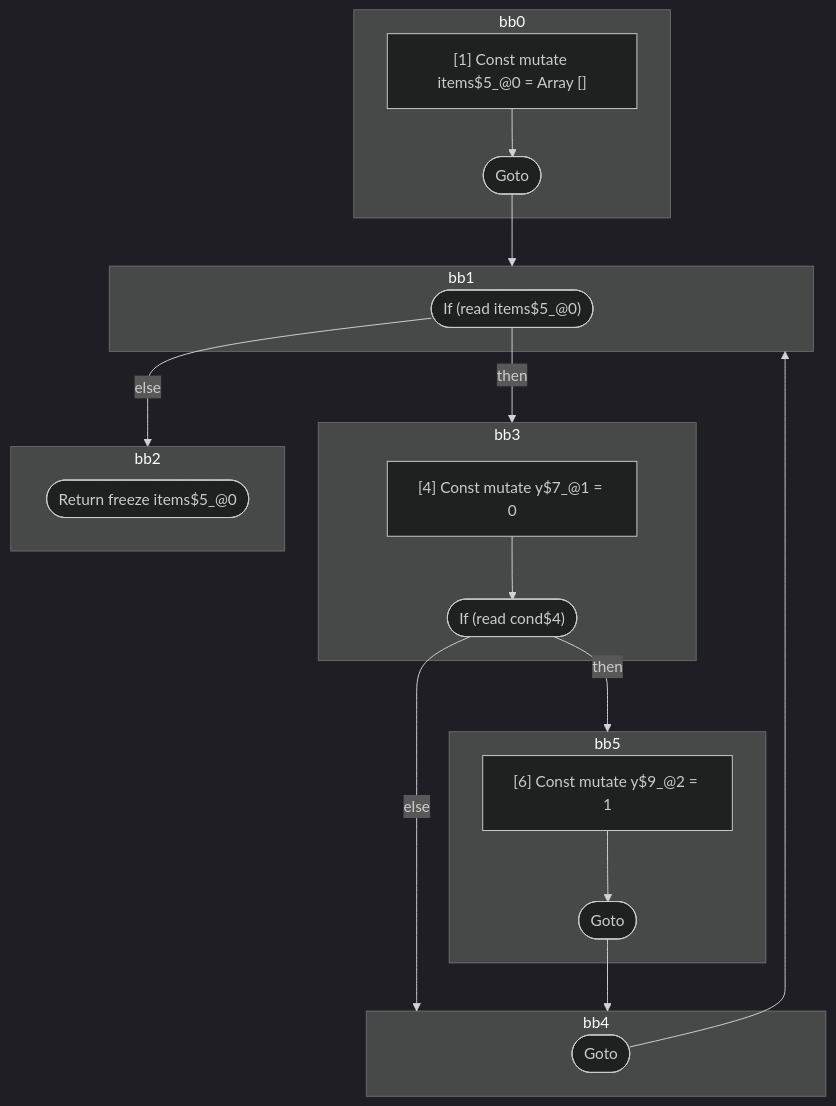
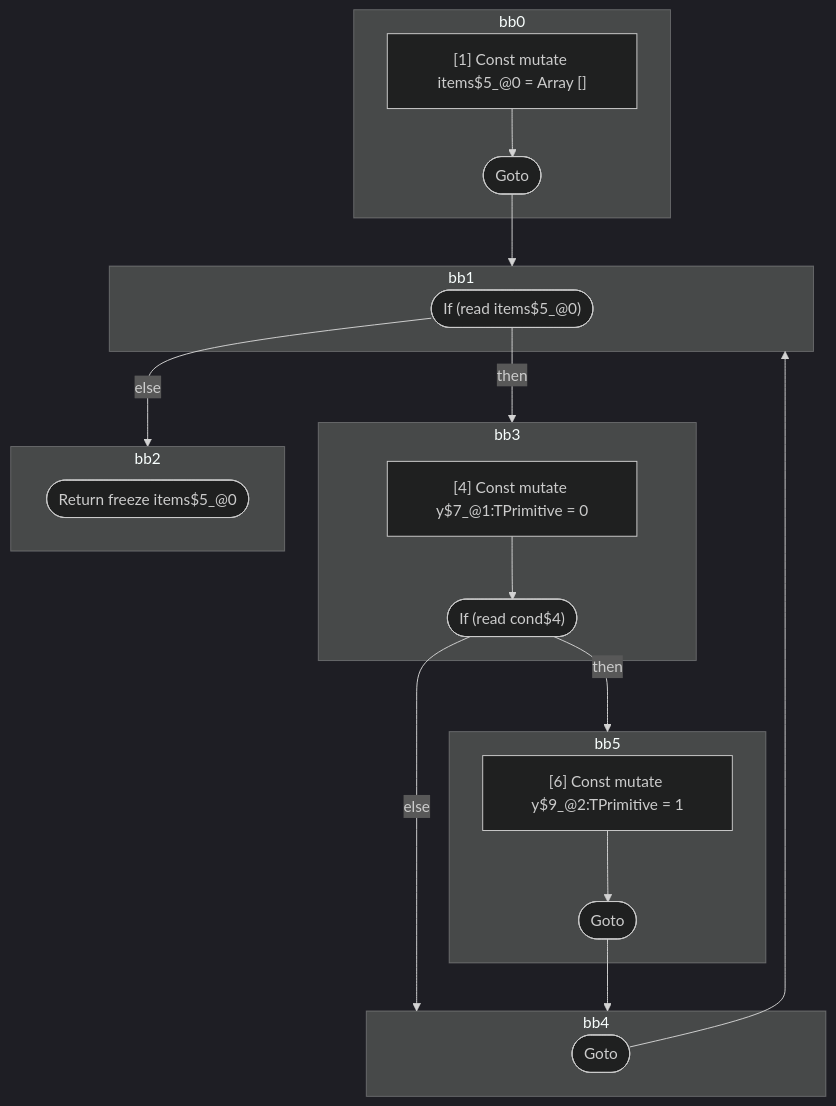
Before and after one commit to wutsmog/private: the diagram in compiler/forget/src/__tests__/fixtures/hir/ssa-for-of.expect.md, drawn with Mermaid (dark theme). The commit also changed other lines of this file and 112 other files, not shown here.

````diff
--- a/compiler/forget/src/__tests__/fixtures/hir/ssa-for-of.expect.md
+++ b/compiler/forget/src/__tests__/fixtures/hir/ssa-for-of.expect.md
@@ -59,41 +59,41 @@
 ```mermaid
 flowchart TB
   %% Basic Blocks
   subgraph bb0
     bb0_instrs["
       [1] Const mutate items$5_@0 = Array []
     "]
     bb0_instrs --> bb0_terminal(["Goto"])
   end
   subgraph bb1
     bb1_terminal(["If (read items$5_@0)"])
   end
   subgraph bb3
     bb3_instrs["
-      [4] Const mutate y$7_@1 = 0
+      [4] Const mutate y$7_@1:TPrimitive = 0
     "]
     bb3_instrs --> bb3_terminal(["If (read cond$4)"])
   end
   subgraph bb5
     bb5_instrs["
-      [6] Const mutate y$9_@2 = 1
+      [6] Const mutate y$9_@2:TPrimitive = 1
     "]
     bb5_instrs --> bb5_terminal(["Goto"])
   end
   subgraph bb4
     bb4_terminal(["Goto"])
   end
   subgraph bb2
     bb2_terminal(["Return freeze items$5_@0"])
   end
 
   %% Jumps
   bb0_terminal --> bb1
   bb1_terminal -- "then" --> bb3
   bb1_terminal -- "else" --> bb2
   bb3_terminal -- "then" --> bb5
   bb3_terminal -- "else" --> bb4
   bb5_terminal --> bb4
   bb4_terminal --> bb1
 
 ```
````
